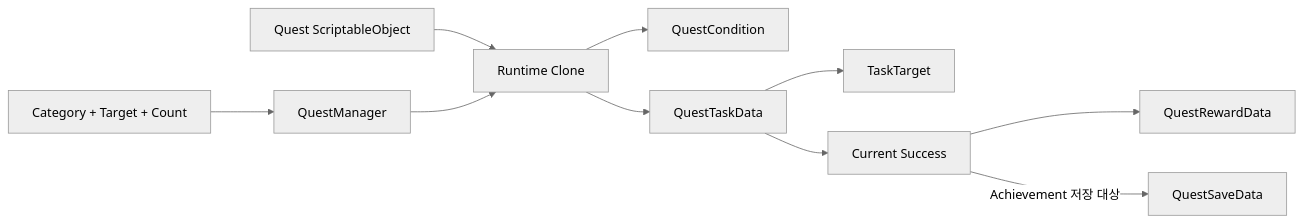
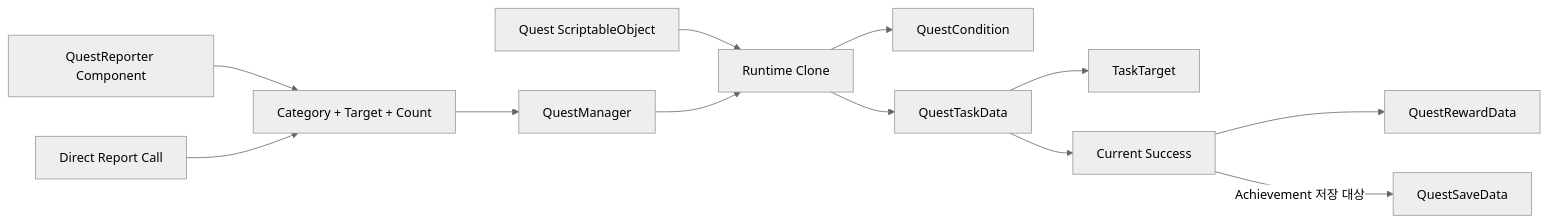
Before and after one commit to limrum09/RandomTowerDefence: the first of 2 diagrams in Docs/Systems/QuestSystem.md, drawn with Mermaid (neutral theme). The commit also changed other lines of this file and 68 other files, not shown here.

````diff
--- a/Docs/Systems/QuestSystem.md
+++ b/Docs/Systems/QuestSystem.md
@@ -35,12 +36,14 @@
 ```mermaid
 flowchart LR
     Asset[Quest ScriptableObject] --> Clone[Runtime Clone]
-    Report[Category + Target + Count] --> Manager[QuestManager]
+    Component[QuestReporter Component] --> Report[Category + Target + Count]
+    Direct[Direct Report Call] --> Report
+    Report --> Manager[QuestManager]
     Manager --> Clone
     Clone --> Condition[QuestCondition]
     Clone --> Task[QuestTaskData]
     Task --> Target[TaskTarget]
     Task --> Progress[Current Success]
     Progress --> Reward[QuestRewardData]
     Progress -->|Achievement 저장 대상| Save[QuestSaveData]
 ```
````
